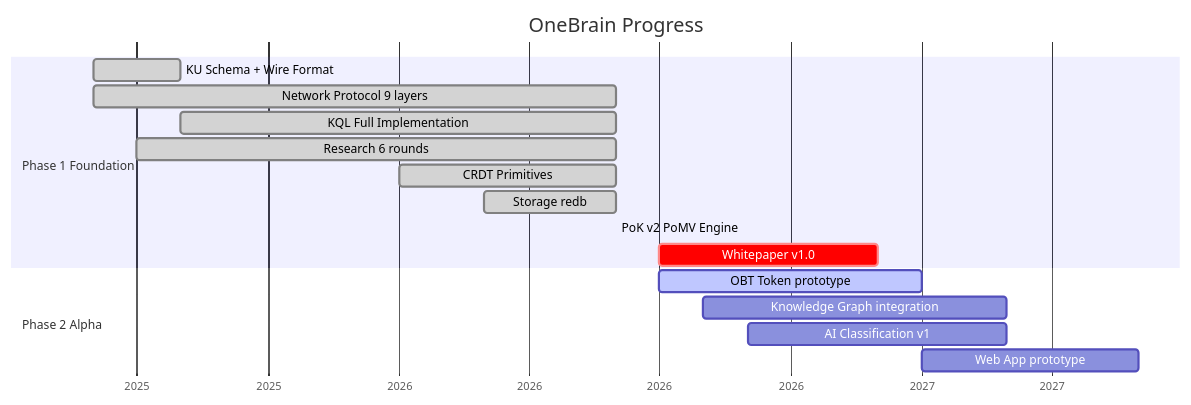
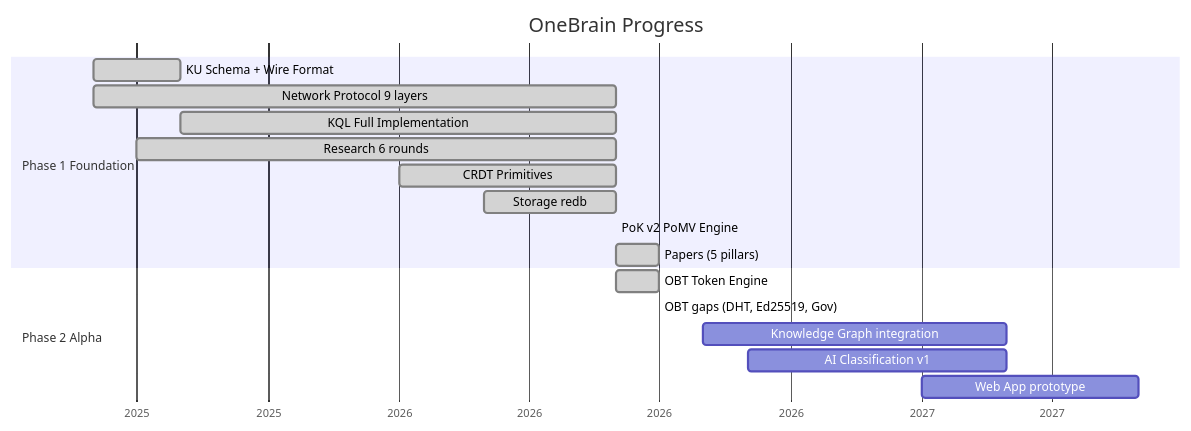
One commit to shpy2001gemi/OneBrain changed the seventh of 7 diagrams in docs/_archived_v5_DO_NOT_USE/PILLAR_REVIEW.md. Above: the diagram before and after it, drawn with Mermaid. The commit also changed other lines of this file and 95 other files, not shown here.

````diff
--- a/docs/_archived_v5_DO_NOT_USE/PILLAR_REVIEW.md
+++ b/docs/_archived_v5_DO_NOT_USE/PILLAR_REVIEW.md
@@ -715,22 +778,23 @@
 ```mermaid
 gantt
     title OneBrain Progress
     dateFormat  YYYY-MM
     axisFormat  %Y
 
     section Phase 1 Foundation
     KU Schema + Wire Format        :done, p1a, 2025-06, 2025-08
     Network Protocol 9 layers      :done, p1b, 2025-06, 2026-06
     KQL Full Implementation         :done, p1c, 2025-08, 2026-06
     Research 6 rounds              :done, p1d, 2025-07, 2026-06
     CRDT Primitives                :done, p1e, 2026-01, 2026-06
     Storage redb                   :done, p1f, 2026-03, 2026-06
     PoK v2 PoMV Engine             :done, p1g, 2026-06, 2026-06
-    Whitepaper v1.0                :crit, p1h, 2026-07, 2026-12
+    Papers (5 pillars)             :done, p1h, 2026-06, 2026-07
 
     section Phase 2 Alpha
-    OBT Token prototype            :active, p2a, 2026-07, 2027-01
+    OBT Token Engine               :done, p2a, 2026-06, 2026-07
+    OBT gaps (DHT, Ed25519, Gov)   :done, p2a2, 2026-07, 2026-07
     Knowledge Graph integration    :p2b, 2026-08, 2027-03
     AI Classification v1           :p2c, 2026-09, 2027-03
     Web App prototype              :p2d, 2027-01, 2027-06
 ```
````
